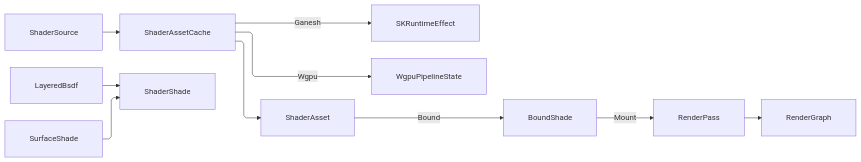
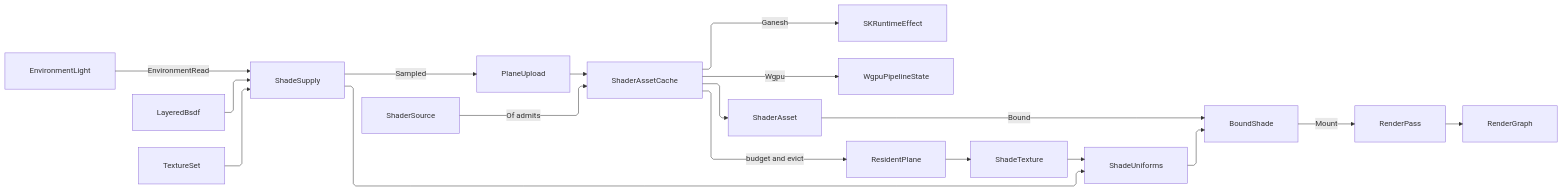
The diagram in libs/csharp/Rasm.AppUi/.planning/Render/shading.md (bsamiee/Rasm), drawn with Mermaid before and after one commit. The commit also changed other lines of this file and 65 other files, not shown here.

````diff
--- a/libs/csharp/Rasm.AppUi/.planning/Render/shading.md
+++ b/libs/csharp/Rasm.AppUi/.planning/Render/shading.md
@@ -233,21 +630,29 @@
 ```mermaid
 ---
 config:
   layout: elk
   flowchart:
     curve: linear
     padding: 25
 ---
 flowchart LR
-    accTitle: Shader compilation and mounting flow
-    accDescr: Backend compilation produces retained shader assets whose bound shades mount on render passes.
-    ShaderSource --> ShaderAssetCache
+    accTitle: Shader compilation, supply resolution, budgeted plane residency, and mounting flow
+    accDescr: An admitted roster compiles per backend while every binding source resolves to one supply whose sampled answers become budgeted resident planes feeding the bound shade a render pass mounts.
+    ShaderSource -->|Of admits| ShaderAssetCache
     ShaderAssetCache -->|Ganesh| SKRuntimeEffect
     ShaderAssetCache -->|Wgpu| WgpuPipelineState
     ShaderAssetCache --> ShaderAsset
+    ShaderAssetCache -->|budget and evict| ResidentPlane
+    ResidentPlane --> ShadeTexture
+    LayeredBsdf --> ShadeSupply
+    TextureSet --> ShadeSupply
+    EnvironmentLight -->|EnvironmentRead| ShadeSupply
+    ShadeSupply -->|Sampled| PlaneUpload
+    PlaneUpload --> ShaderAssetCache
+    ShadeSupply --> ShadeUniforms
+    ShadeTexture --> ShadeUniforms
     ShaderAsset -->|Bound| BoundShade
+    ShadeUniforms --> BoundShade
     BoundShade -->|Mount| RenderPass
-    LayeredBsdf --> ShaderShade
-    SurfaceShade --> ShaderShade
     RenderPass --> RenderGraph
 ```
````
